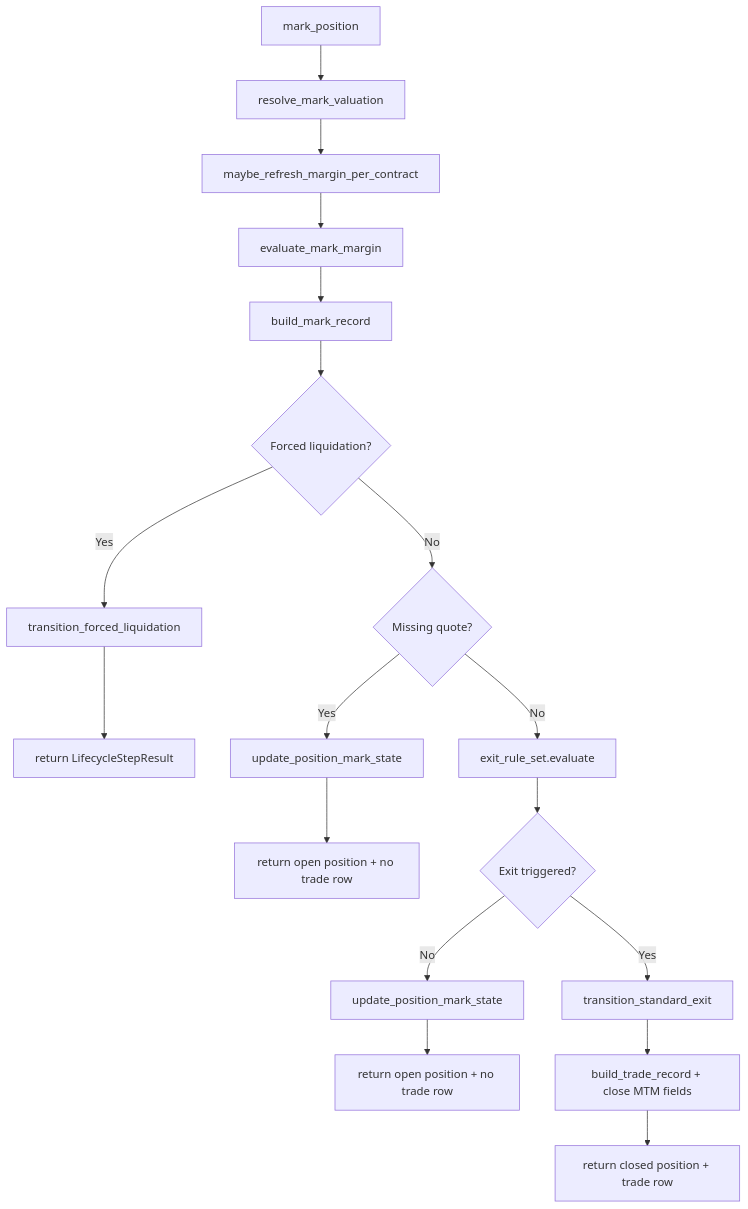
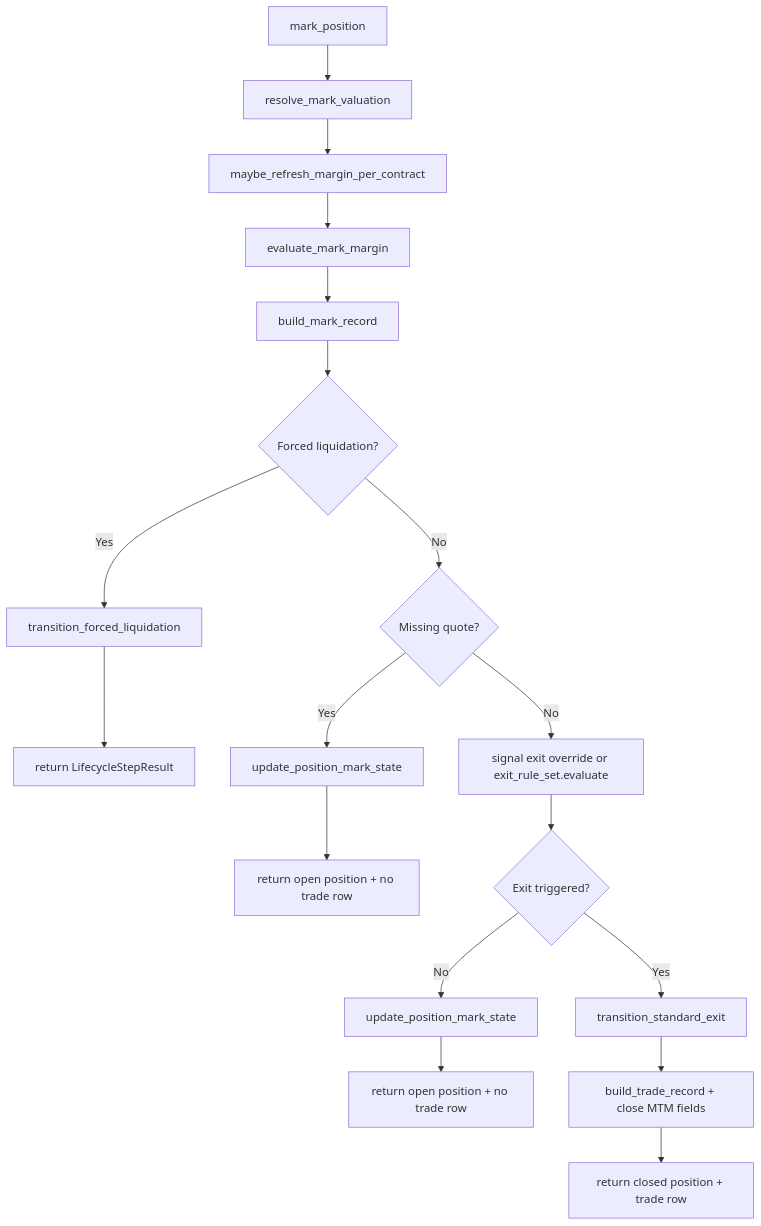
The sixth of 6 diagrams in docs/reference/backtesting/architecture_internals.md (anthonymakarewicz/volatility-trading), drawn with Mermaid before and after one commit. The commit also changed other lines of this file and 21 other files, not shown here.

````diff
--- a/docs/reference/backtesting/architecture_internals.md
+++ b/docs/reference/backtesting/architecture_internals.md
@@ -225,24 +225,24 @@
 ```mermaid
 flowchart TD
     A[mark_position] --> B[resolve_mark_valuation]
     B --> C[maybe_refresh_margin_per_contract]
     C --> D[evaluate_mark_margin]
     D --> E[build_mark_record]
     E --> F{Forced liquidation?}
 
     F -- Yes --> G[transition_forced_liquidation]
     G --> H[return LifecycleStepResult]
 
     F -- No --> I{Missing quote?}
     I -- Yes --> J[update_position_mark_state]
     J --> K[return open position + no trade row]
 
-    I -- No --> L[exit_rule_set.evaluate]
+    I -- No --> L[signal exit override or exit_rule_set.evaluate]
     L --> M{Exit triggered?}
     M -- No --> N[update_position_mark_state]
     N --> O[return open position + no trade row]
 
     M -- Yes --> P[transition_standard_exit]
     P --> Q[build_trade_record + close MTM fields]
     Q --> R[return closed position + trade row]
 ```
````
